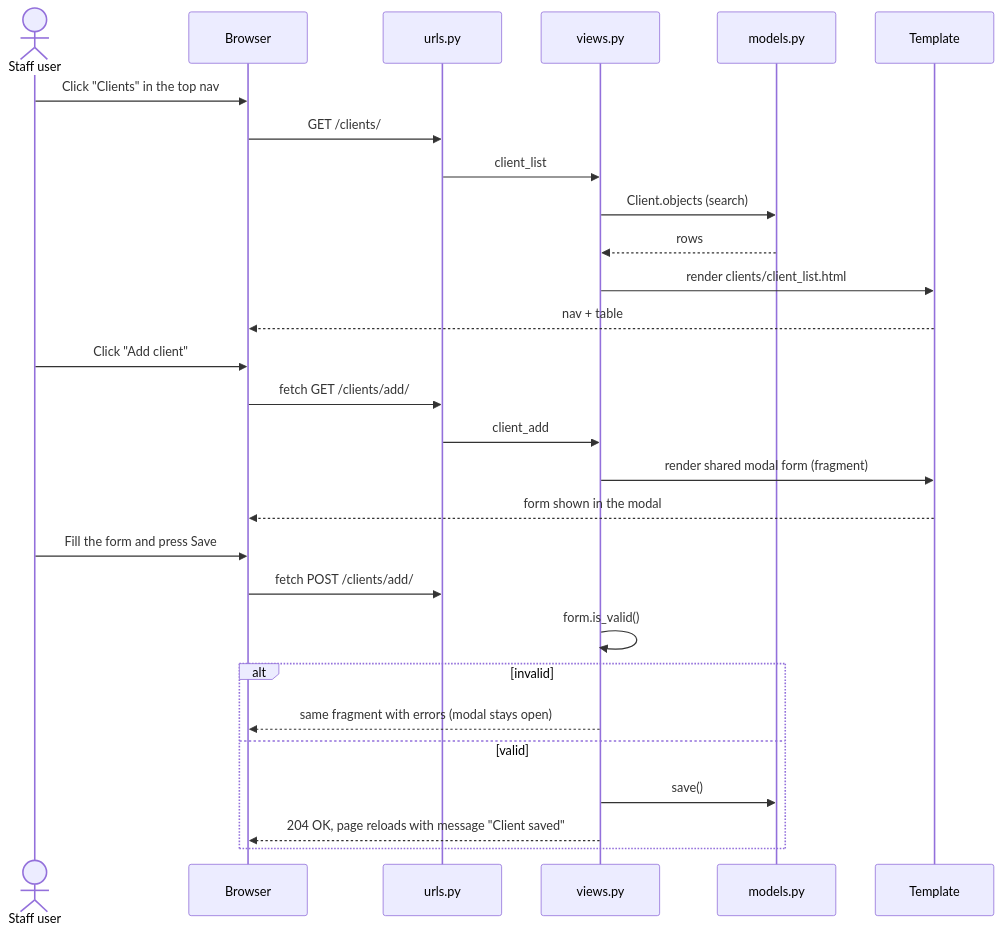
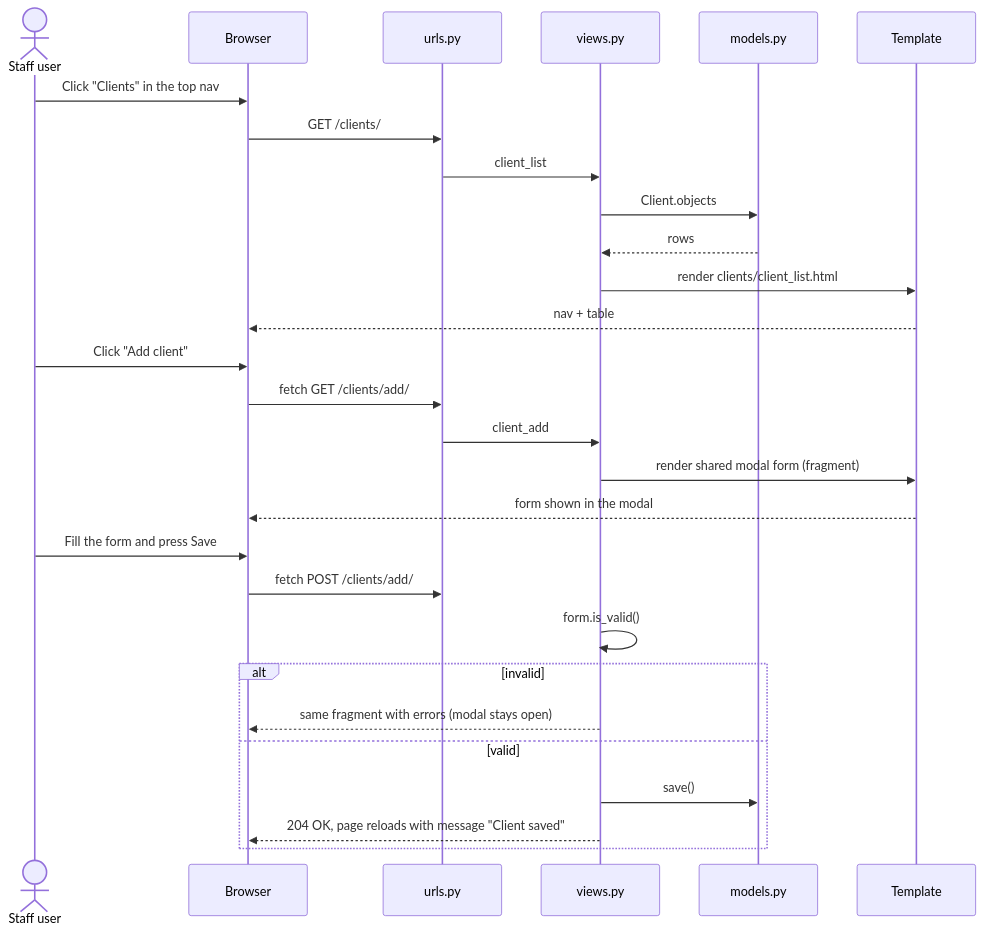
Before and after one commit to hajarah560/RealEstate-Management-System: the sixth of 6 diagrams in docs/redesign-plan.md, drawn with Mermaid. The commit also changed other lines of this file and 9 other files, not shown here.

````diff
--- a/docs/redesign-plan.md
+++ b/docs/redesign-plan.md
@@ -273,31 +273,31 @@
 ```mermaid
 sequenceDiagram
     actor U as Staff user
     participant B as Browser
     participant URL as urls.py
     participant V as views.py
     participant M as models.py
     participant T as Template
 
     U->>B: Click "Clients" in the top nav
     B->>URL: GET /clients/
     URL->>V: client_list
-    V->>M: Client.objects (search)
+    V->>M: Client.objects
     M-->>V: rows
     V->>T: render clients/client_list.html
     T-->>B: nav + table
     U->>B: Click "Add client"
     B->>URL: fetch GET /clients/add/
     URL->>V: client_add
     V->>T: render shared modal form (fragment)
     T-->>B: form shown in the modal
     U->>B: Fill the form and press Save
     B->>URL: fetch POST /clients/add/
     V->>V: form.is_valid()
     alt invalid
         V-->>B: same fragment with errors (modal stays open)
     else valid
         V->>M: save()
         V-->>B: 204 OK, page reloads with message "Client saved"
     end
 ```
````
